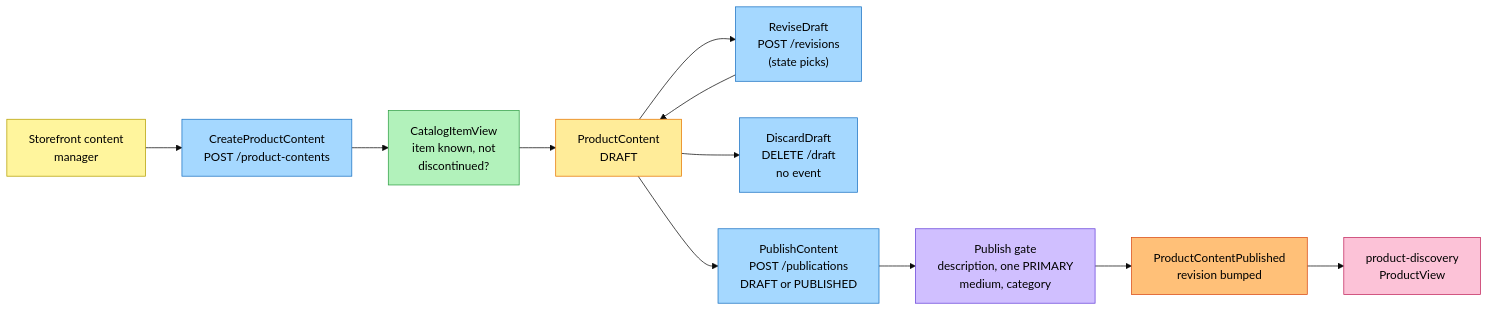
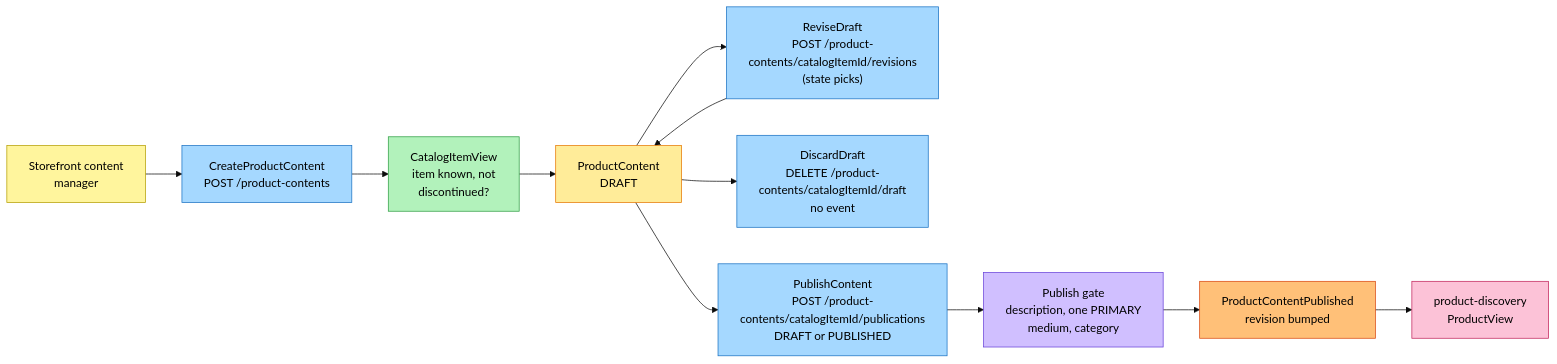
Before and after one commit to IQVO/warehouse-docs: the first of 3 diagrams in storefront/docs/contexts/product-content/eventstorming.md, drawn with Mermaid (base theme). The commit also changed 8 other files, not shown here.

````diff
--- a/storefront/docs/contexts/product-content/eventstorming.md
+++ b/storefront/docs/contexts/product-content/eventstorming.md
@@ -37,28 +37,28 @@
 ```mermaid
 flowchart LR
     CM["Storefront content<br/>manager"]:::actor
     C1["CreateProductContent<br/>POST /product-contents"]:::command
     RM["CatalogItemView<br/>item known, not<br/>discontinued?"]:::readmodel
     G1["ProductContent<br/>DRAFT"]:::aggregate
-    C1b["ReviseDraft<br/>POST /revisions<br/>(state picks)"]:::command
-    C1c["DiscardDraft<br/>DELETE /draft<br/>no event"]:::command
-    C2["PublishContent<br/>POST /publications<br/>DRAFT or PUBLISHED"]:::command
+    C1b["ReviseDraft<br/>POST /product-contents/catalogItemId/revisions<br/>(state picks)"]:::command
+    C1c["DiscardDraft<br/>DELETE /product-contents/catalogItemId/draft<br/>no event"]:::command
+    C2["PublishContent<br/>POST /product-contents/catalogItemId/publications<br/>DRAFT or PUBLISHED"]:::command
     P1["Publish gate<br/>description, one PRIMARY<br/>medium, category"]:::policy
     E1["ProductContentPublished<br/>revision bumped"]:::event
     PD["product-discovery<br/>ProductView"]:::external
 
     CM --> C1
     C1 --> RM --> G1
     G1 --> C2 --> P1 --> E1 --> PD
     G1 --> C1b --> G1
     G1 --> C1c
 
     classDef actor fill:#fff59d,stroke:#b59f00,color:#000
     classDef command fill:#a5d8ff,stroke:#1971c2,color:#000
     classDef aggregate fill:#ffec99,stroke:#e67700,color:#000
     classDef event fill:#ffc078,stroke:#d9480f,color:#000
     classDef policy fill:#d0bfff,stroke:#6741d9,color:#000
     classDef readmodel fill:#b2f2bb,stroke:#2f9e44,color:#000
     classDef external fill:#fcc2d7,stroke:#c2255c,color:#000
     classDef hotspot fill:#ff8787,stroke:#c92a2a,color:#000
 ```
````
